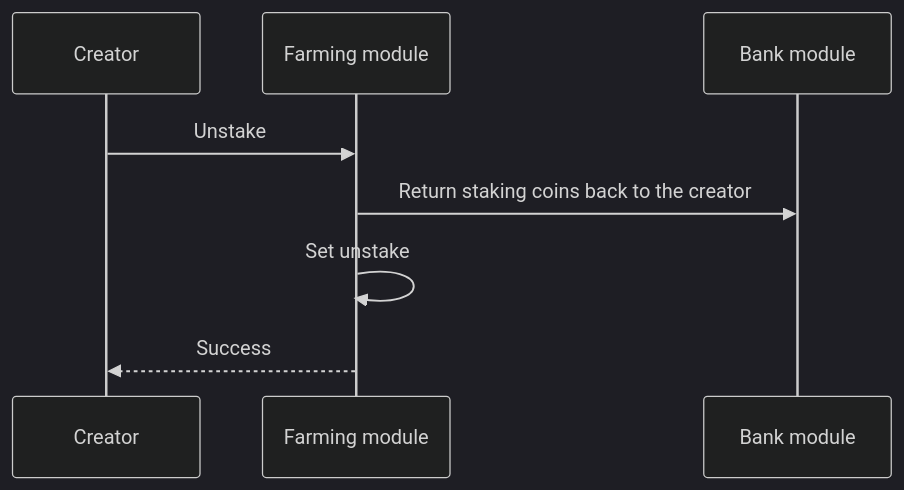
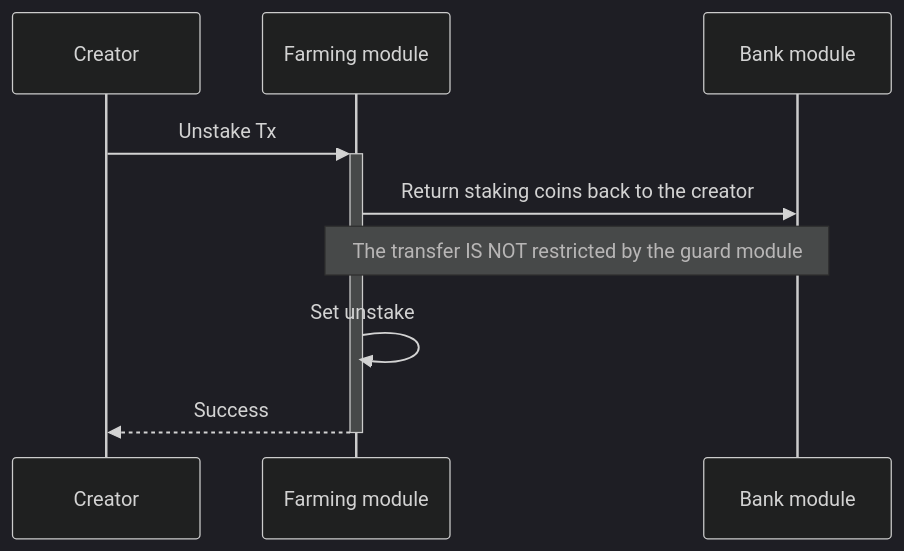
The fourth of 7 diagrams in x/farming/spec/09_txs_flows.md (MANTRA-Chain/mantrachain), drawn with Mermaid (dark theme) before and after one commit. The commit also changed other lines of this file and 12 other files, not shown here.

Commit message:
docs: add update txs flows docs

````diff
--- a/x/farming/spec/09_txs_flows.md
+++ b/x/farming/spec/09_txs_flows.md
@@ -53,7 +48,8 @@
 ```mermaid
 sequenceDiagram
-Creator ->> Farming module: Unstake
+Creator->>+Farming module: Unstake Tx
 Farming module->>Bank module: Return staking coins back to the creator
+Note over Farming module, Bank module: The transfer IS NOT restricted by the guard module
 Farming module->>Farming module: Set unstake
-Farming module-->> Creator: Success
+Farming module-->>-Creator: Success
 ```
````
